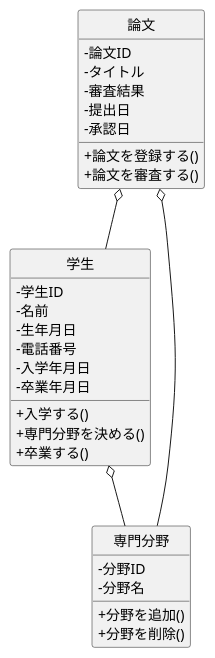
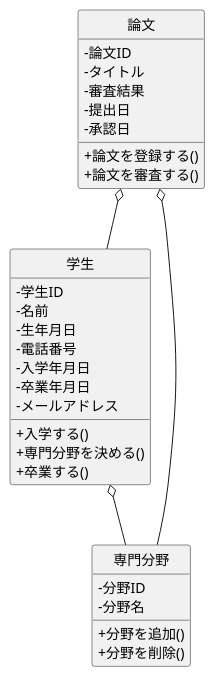
One commit to ri1002/ohara_uml changed the diagram in 05_web_ronbun/class.pu. Above: the diagram before and after it, drawn with PlantUML. The commit also changed 18 other files, not shown here.

```diff
--- a/05_web_ronbun/class.pu
+++ b/05_web_ronbun/class.pu
@@ -1,41 +1,41 @@
 @startuml Web論文システムクラス図
 skinparam classAttributeIconSize 0
 hide circle
 
 class 学生 {
  -学生ID
  -名前
  -生年月日
  -電話番号
  -入学年月日
  -卒業年月日
-
+ -メールアドレス
  +入学する()
  +専門分野を決める()
  +卒業する()
 }
 
 class 専門分野 {
  -分野ID
  -分野名
 
  +分野を追加()
  +分野を削除()
 }
 
 class 論文 {
  -論文ID
  -タイトル
  -審査結果
  -提出日
  -承認日
 
  +論文を登録する()
  +論文を審査する()
 }
 
 学生 o-- 専門分野
 論文 o-- 学生
 論文 o-- 専門分野
 
 @enduml
```
